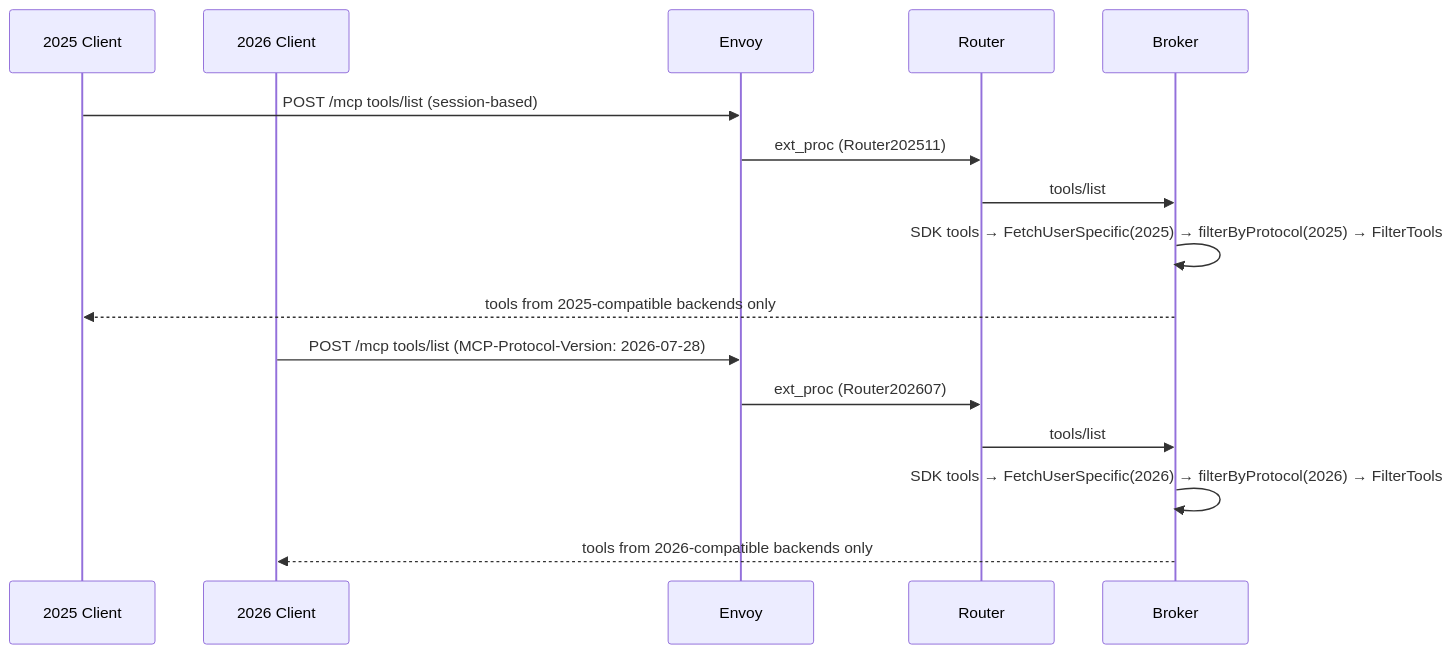
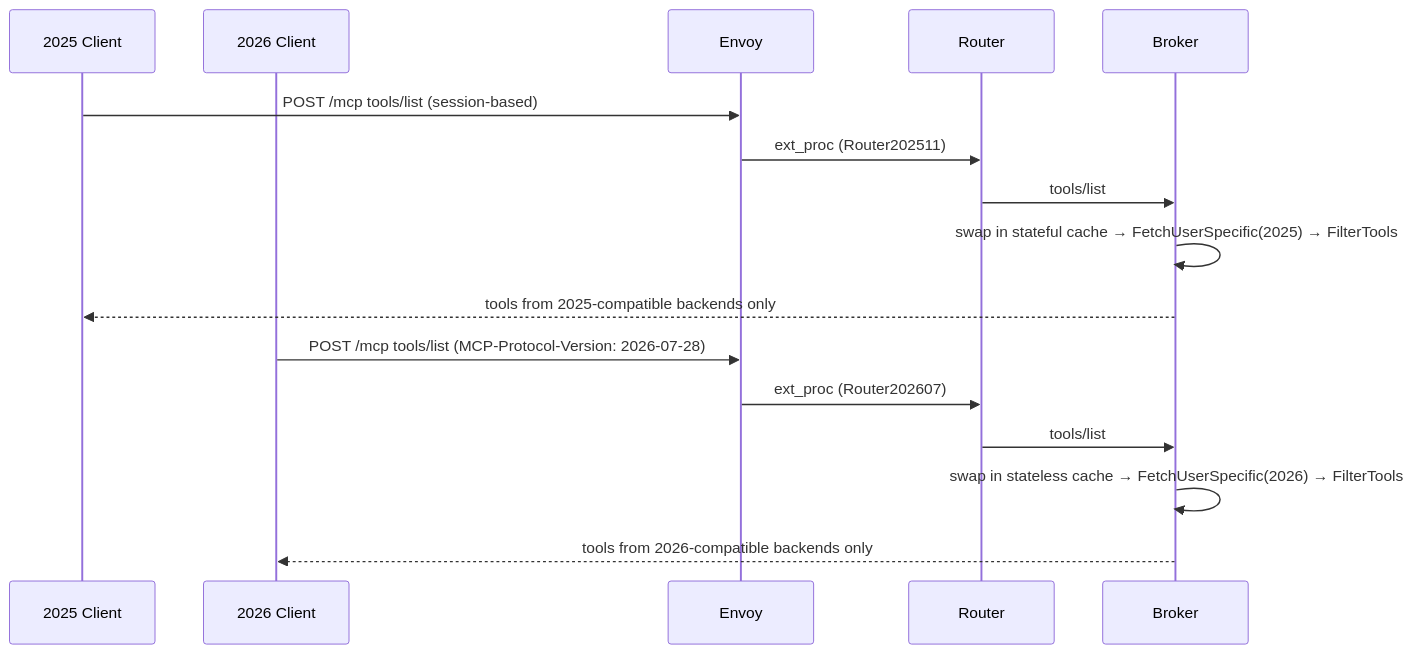
Before and after one commit to Kuadrant/mcp-gateway: the diagram in docs/design/single-gateway-dual-protocol/single-gateway-dual-protocol-design.md, drawn with Mermaid. The commit also changed other lines of this file and 57 other files, not shown here.

First line of the commit message:
protocol-specific routes and design doc cleanup

````diff
--- a/docs/design/single-gateway-dual-protocol/single-gateway-dual-protocol-design.md
+++ b/docs/design/single-gateway-dual-protocol/single-gateway-dual-protocol-design.md
@@ -166,20 +96,20 @@
 ```mermaid
 sequenceDiagram
     participant Client25 as 2025 Client
     participant Client26 as 2026 Client
     participant Envoy
     participant Router
     participant Broker
 
     Client25->>Envoy: POST /mcp tools/list (session-based)
     Envoy->>Router: ext_proc (Router202511)
     Router->>Broker: tools/list
-    Broker->>Broker: SDK tools → FetchUserSpecific(2025) → filterByProtocol(2025) → FilterTools
+    Broker->>Broker: swap in stateful cache → FetchUserSpecific(2025) → FilterTools
     Broker-->>Client25: tools from 2025-compatible backends only
 
     Client26->>Envoy: POST /mcp tools/list (MCP-Protocol-Version: 2026-07-28)
     Envoy->>Router: ext_proc (Router202607)
     Router->>Broker: tools/list
-    Broker->>Broker: SDK tools → FetchUserSpecific(2026) → filterByProtocol(2026) → FilterTools
+    Broker->>Broker: swap in stateless cache → FetchUserSpecific(2026) → FilterTools
     Broker-->>Client26: tools from 2026-compatible backends only
 ```
````
